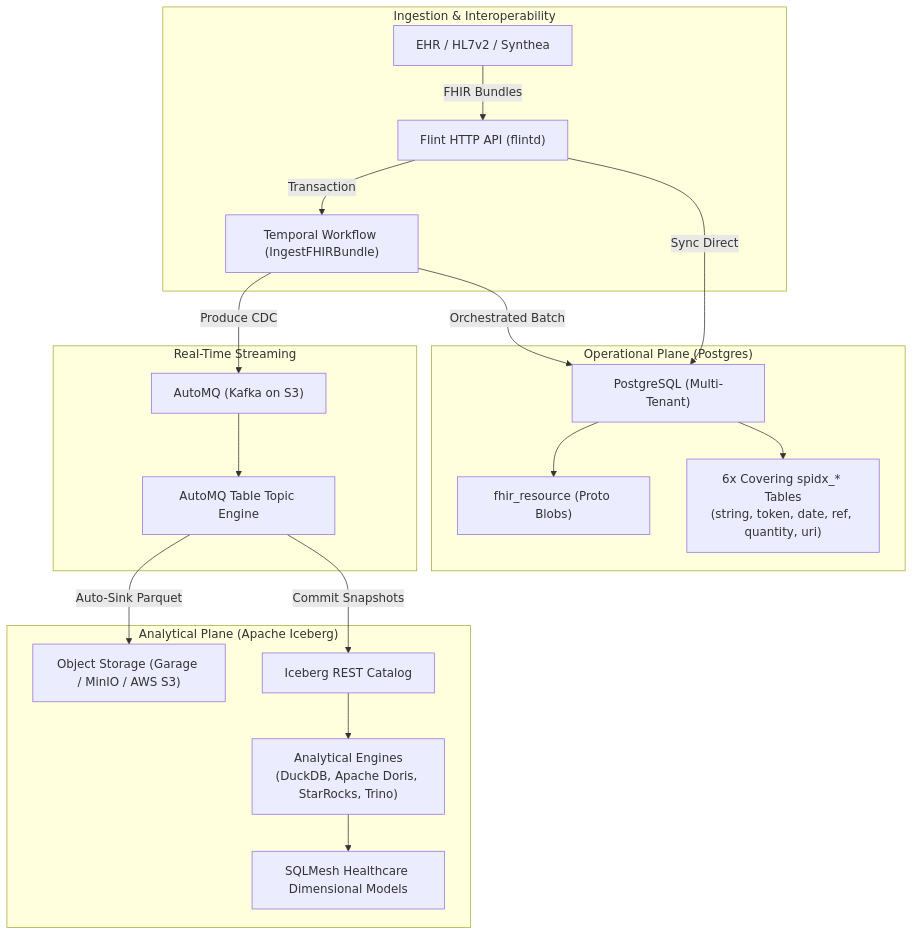
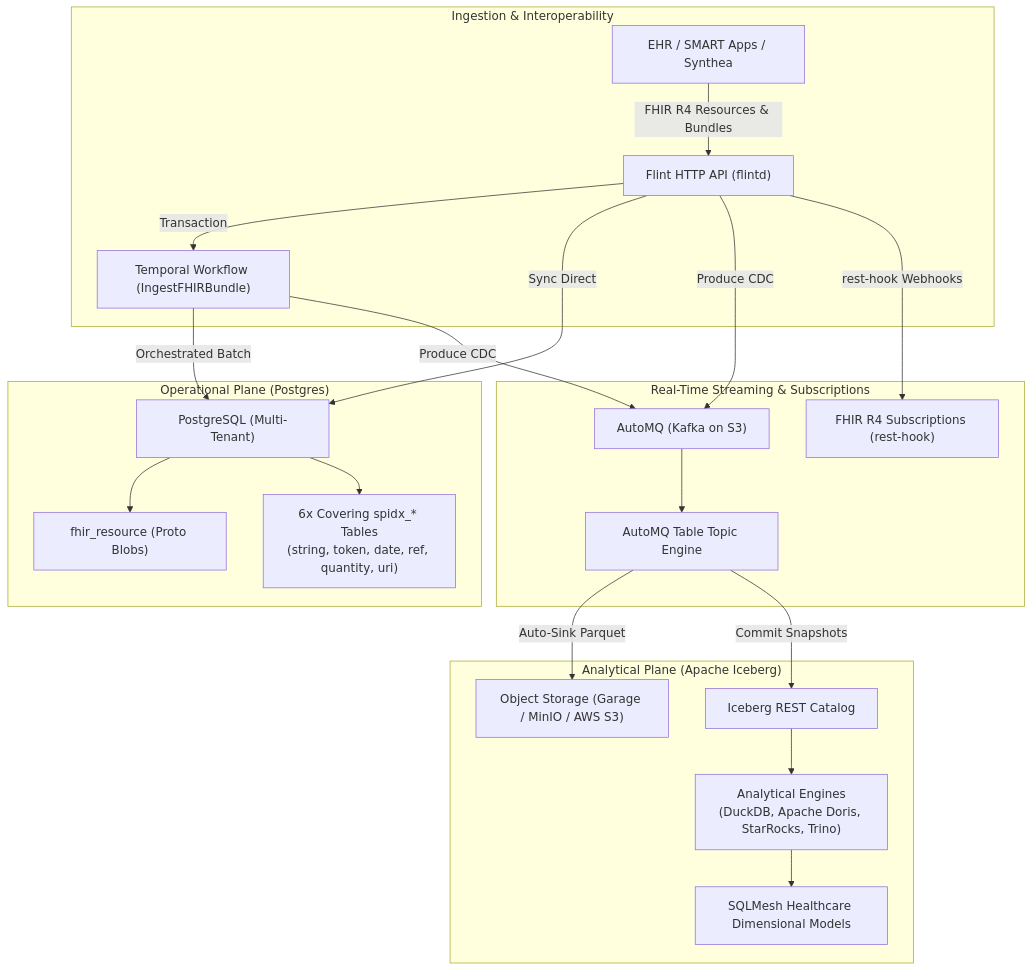
One commit to flint-fhir/flint changed the first of 2 diagrams in README.md. Above: the diagram before and after it, drawn with Mermaid. The commit also changed other lines of this file, not shown here.

Commit message:
docs(readme): clarify FHIR R4 ingestion diagram and update conformance matrix to 146 R4 types / 31 checks

````diff
--- a/README.md
+++ b/README.md
@@ -32,26 +32,28 @@
 ```mermaid
 flowchart TD
     subgraph Ingestion ["Ingestion & Interoperability"]
-        EHR["EHR / HL7v2 / Synthea"] -->|FHIR Bundles| API["Flint HTTP API (flintd)"]
+        EHR["EHR / SMART Apps / Synthea"] -->|FHIR R4 Resources & Bundles| API["Flint HTTP API (flintd)"]
         API -->|Transaction| Temporal["Temporal Workflow (IngestFHIRBundle)"]
     end
 
     subgraph OLTP ["Operational Plane (Postgres)"]
         API -->|Sync Direct| PG["PostgreSQL (Multi-Tenant)"]
         Temporal -->|Orchestrated Batch| PG
         PG --> RProto["fhir_resource (Proto Blobs)"]
         PG --> Spidx["6x Covering spidx_* Tables\n(string, token, date, ref, quantity, uri)"]
     end
 
-    subgraph Streaming ["Real-Time Streaming"]
-        Temporal -->|Produce CDC| AMQ["AutoMQ (Kafka on S3)"]
+    subgraph Streaming ["Real-Time Streaming & Subscriptions"]
+        API -->|Produce CDC| AMQ["AutoMQ (Kafka on S3)"]
+        Temporal -->|Produce CDC| AMQ
         AMQ --> TT["AutoMQ Table Topic Engine"]
+        API -->|rest-hook Webhooks| Sub["FHIR R4 Subscriptions (rest-hook)"]
     end
 
     subgraph Lakehouse ["Analytical Plane (Apache Iceberg)"]
         TT -->|Auto-Sink Parquet| S3["Object Storage (Garage / MinIO / AWS S3)"]
         TT -->|Commit Snapshots| Catalog["Iceberg REST Catalog"]
         Catalog --> Query["Analytical Engines\n(DuckDB, Apache Doris, StarRocks, Trino)"]
         Query --> Models["SQLMesh Healthcare Dimensional Models"]
     end
 ```
````
